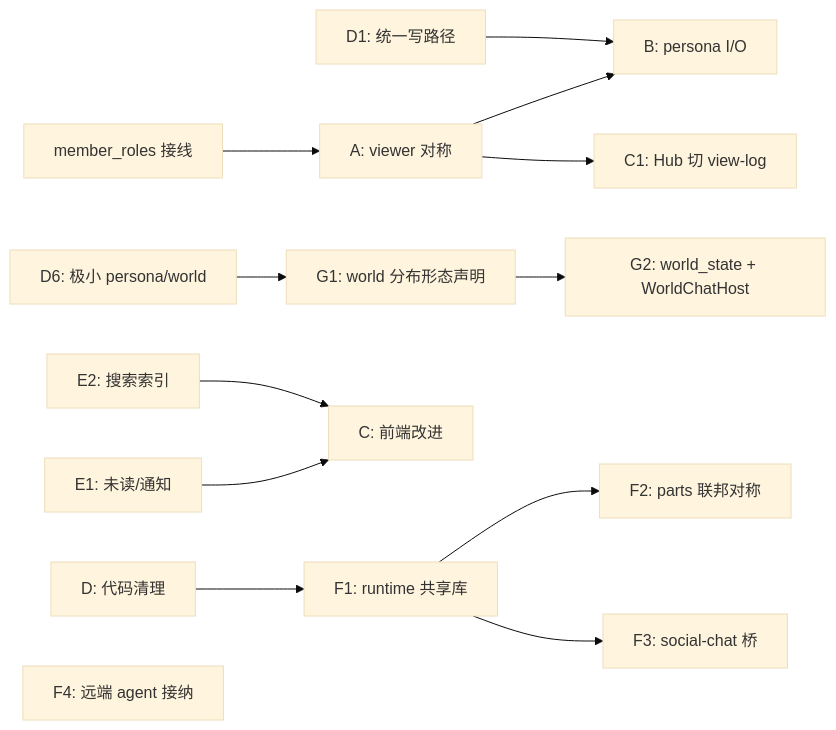
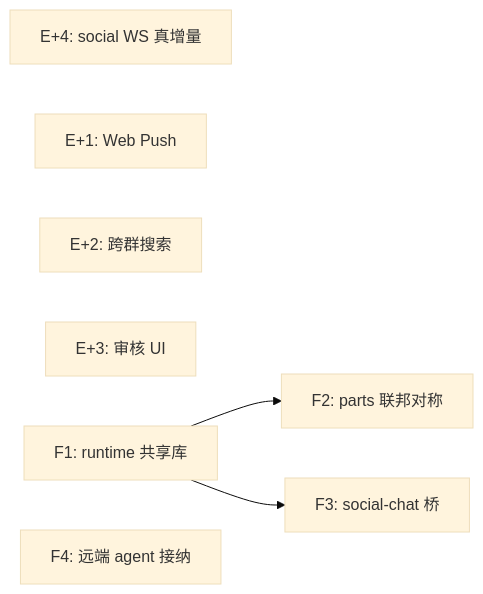
One commit to steve02081504/fount changed the diagram in docs/design/chat-social-dev-plan.md. Above: the diagram before and after it, drawn with Mermaid (base theme). The commit also changed other lines of this file and 6 other files, not shown here.

````diff
--- a/docs/design/chat-social-dev-plan.md
+++ b/docs/design/chat-social-dev-plan.md
@@ -354,15 +123,11 @@
 ```mermaid
 graph LR
-	A4[member_roles 接线] --> A[A: viewer 对称]
-	A --> B[B: persona I/O]
-	D1[D1: 统一写路径] --> B
-	A --> C1[C1: Hub 切 view-log]
-	D6[D6: 极小 persona/world] --> G1[G1: world 分布形态声明]
-	E1[E1: 未读/通知] --> C[C: 前端改进]
-	E2[E2: 搜索索引] --> C
-	G1 --> G2[G2: world_state + WorldChatHost]
-	D[D: 代码清理] --> F1[F1: runtime 共享库]
+	E4[E+4: social WS 真增量]
+	E1[E+1: Web Push]
+	E2[E+2: 跨群搜索]
+	E3[E+3: 审核 UI]
+	F1[F1: runtime 共享库]
 	F1 --> F2[F2: parts 联邦对称]
 	F1 --> F3[F3: social-chat 桥]
 	F4[F4: 远端 agent 接纳]
 ```
````
